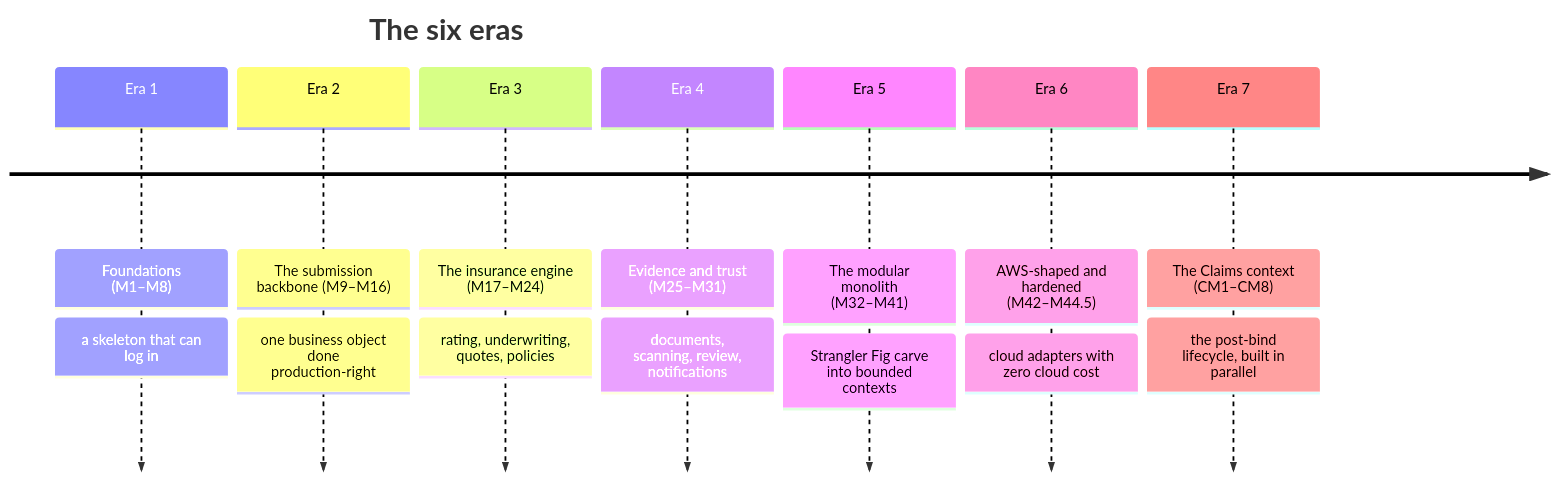
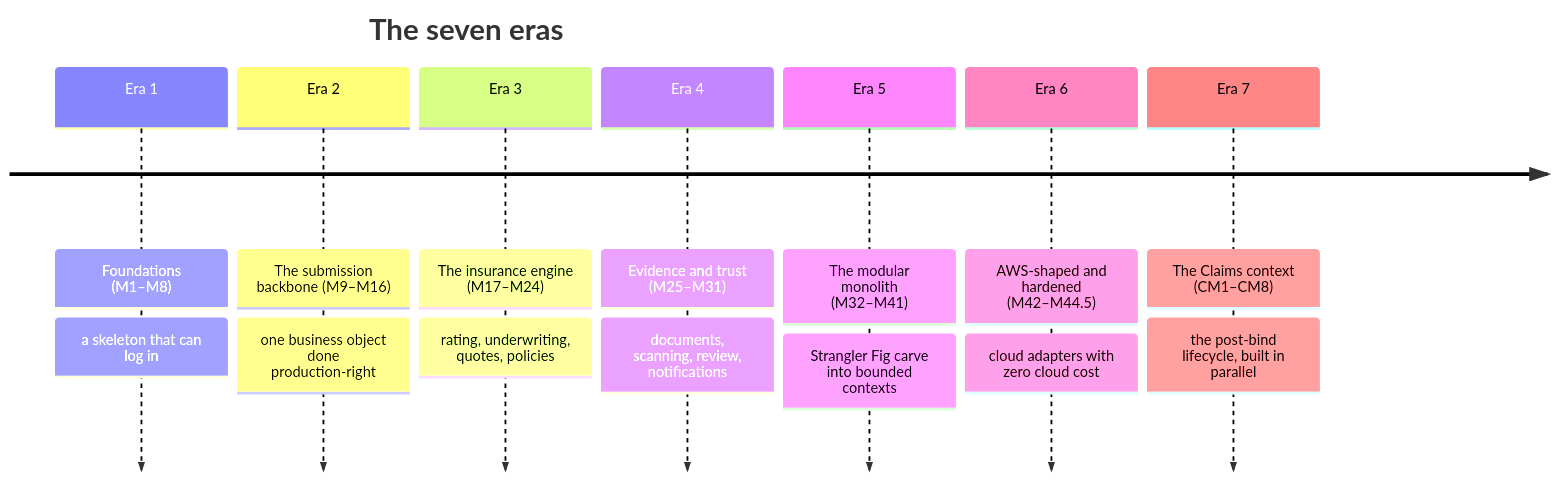
The first of 6 diagrams in docs/build-history.md (paulbuer08/LIAnsureProtect), drawn with Mermaid before and after one commit. The commit also changed other lines of this file and 73 other files, not shown here.

````diff
--- a/docs/build-history.md
+++ b/docs/build-history.md
@@ -13,11 +13,11 @@
 ```mermaid
 timeline
-    title The six eras
+    title The seven eras
     Era 1 : Foundations (M1–M8) : a skeleton that can log in
     Era 2 : The submission backbone (M9–M16) : one business object done production-right
     Era 3 : The insurance engine (M17–M24) : rating, underwriting, quotes, policies
     Era 4 : Evidence and trust (M25–M31) : documents, scanning, review, notifications
     Era 5 : The modular monolith (M32–M41) : Strangler Fig carve into bounded contexts
     Era 6 : AWS-shaped and hardened (M42–M44.5) : cloud adapters with zero cloud cost
     Era 7 : The Claims context (CM1–CM8) : the post-bind lifecycle, built in parallel
 ```
````
